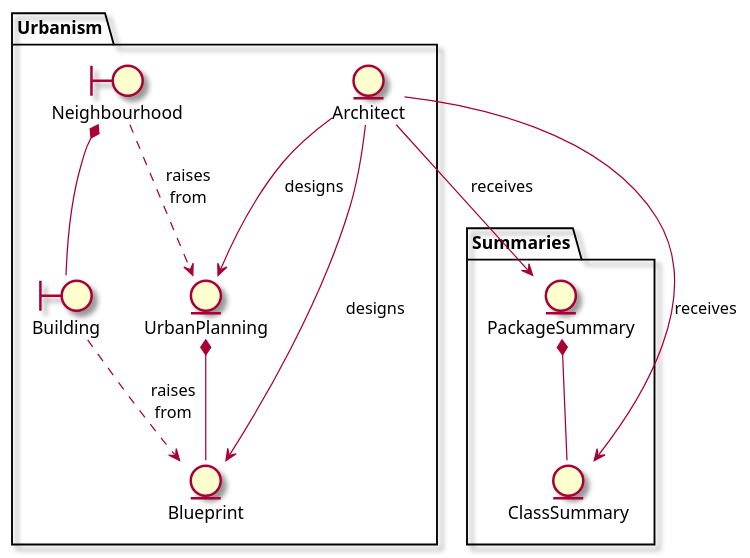
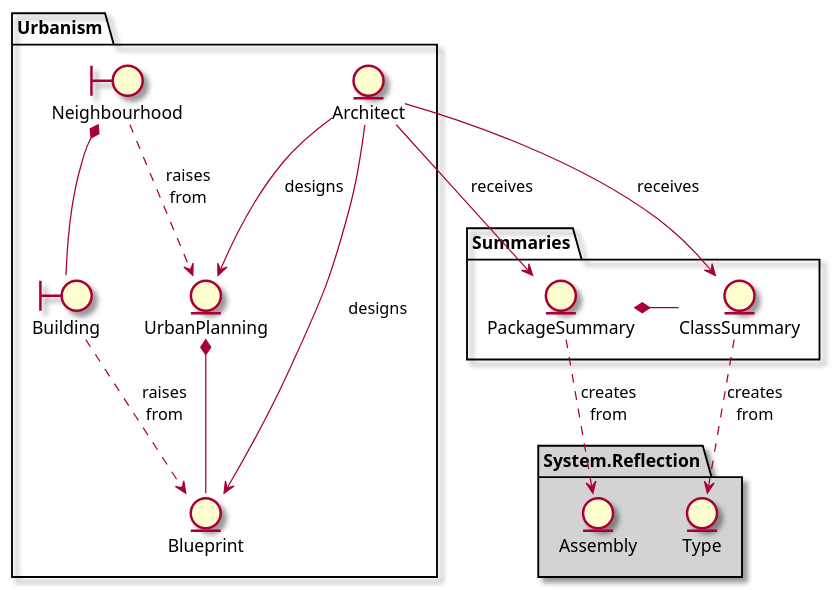
The diagram in Assets/Softown/Documentation~/Progressive_Analysis.puml (RicardoGuzmanVelasco/Softown), drawn with PlantUML before and after one commit. The commit also changed 1 other file, not shown here.

Commit message:
docs: include reflection in analysis diagram

```diff
--- a/Assets/Softown/Documentation~/Progressive_Analysis.puml
+++ b/Assets/Softown/Documentation~/Progressive_Analysis.puml
@@ -1,42 +1,50 @@
 @startuml
 skin rose
 
 
 package Urbanism{
     boundary Building
     'le pongo el as para poder cambiar fácilmente al nombre original (tb Building).
     entity "Blueprint" as Blueprint
     
     Building ..> Blueprint : raises\nfrom
     
     entity Architect
     
     'le pongo el as para poder cambiar fácilmente al nombre original (Soil).
     boundary Neighbourhood as Neighborhood
     'le pongo el as para poder cambiar fácilmente al nombre original (tb Neighborhood).
     entity "UrbanPlanning" as UrbanPlanning
     
     Neighborhood ..> UrbanPlanning : raises\nfrom
     
     Neighborhood *-- Building
     UrbanPlanning *-- Blueprint
 }
 
 package Summaries{
     'le pongo el as para poder cambiar fácilmente al nombre original (Class a secas).
     entity "ClassSummary" as ClassSummary
     entity PackageSummary
     entity ModuleSummary <<unused>>
     remove ModuleSummary
     
-    PackageSummary *-- ClassSummary
+    PackageSummary *-r- ClassSummary
 }
 
 'esta se queda al principio pero luego se acaba yendo con la de PackageSummary.
 Architect --> ClassSummary : receives
 Architect --> PackageSummary : receives
 
 'esta se queda al principio pero luego se acaba yendo con la de UrbanPlanning.
 Architect --> Blueprint : designs
 Architect --> UrbanPlanning : designs
+
+package System.Reflection #lightgray{
+    entity Type
+    entity Assembly
+}
+
+ClassSummary ..> Type : creates\nfrom
+PackageSummary ..> Assembly : creates\nfrom
 @enduml
```
